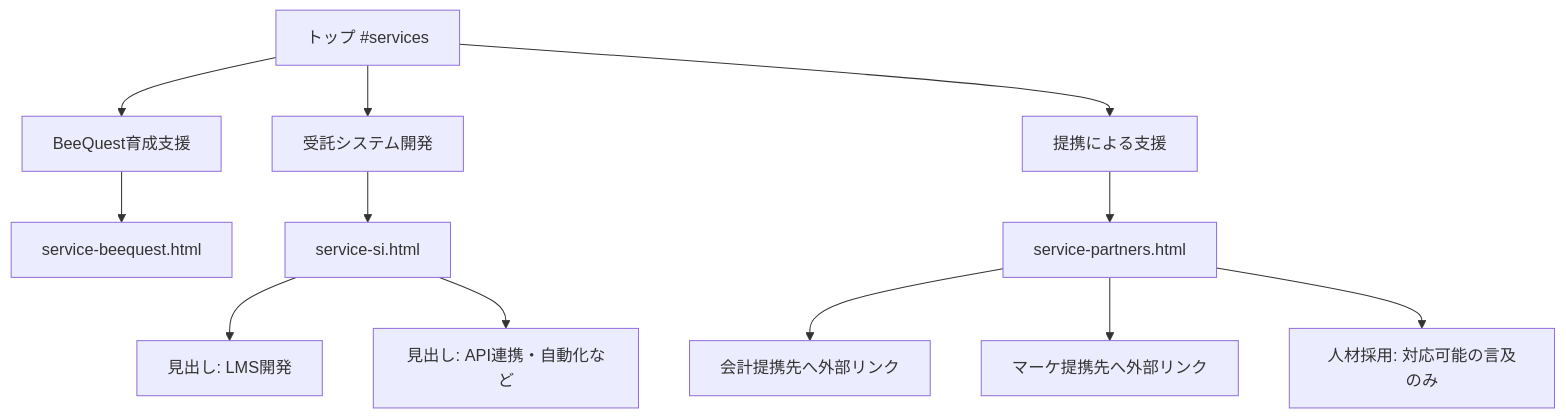
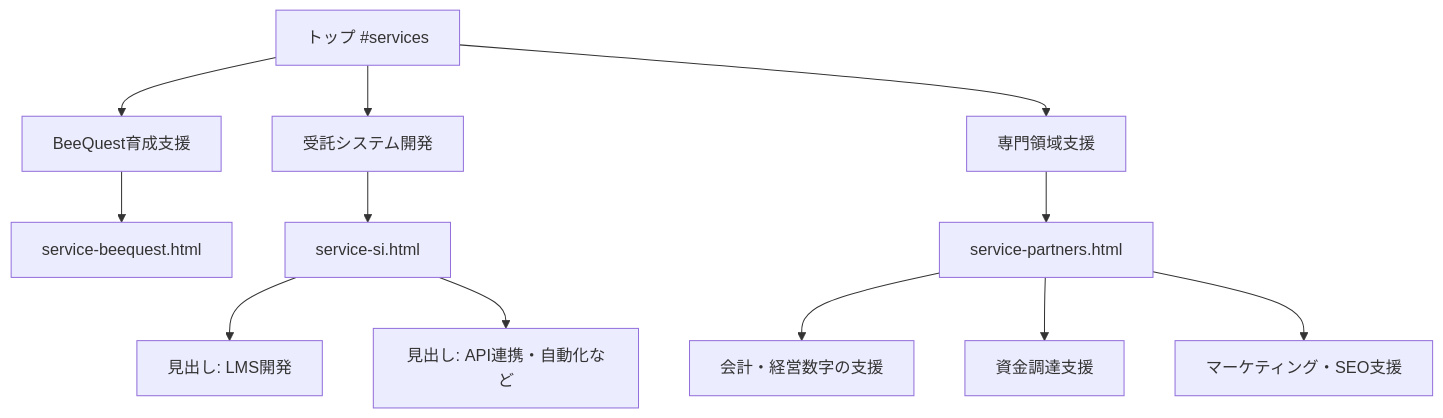
The diagram in docs/01-service-ia/service-structure.md (BeeQuest/b2x-hp), drawn with Mermaid before and after one commit. The commit also changed other lines of this file and 16 other files, not shown here.

````diff
--- a/docs/01-service-ia/service-structure.md
+++ b/docs/01-service-ia/service-structure.md
@@ -10,18 +10,18 @@
 ```mermaid
 flowchart TB
   top[トップ #services]
   top --> bee[BeeQuest育成支援]
   top --> si[受託システム開発]
-  top --> partner[提携による支援]
+  top --> advisory[専門領域支援]
 
   bee --> beePage[service-beequest.html]
   si --> siPage[service-si.html]
-  partner --> partnerPage[service-partners.html]
+  advisory --> advisoryPage[service-partners.html]
 
   siPage --> lmsSec[見出し: LMS開発]
   siPage --> apiSec[見出し: API連携・自動化など]
 
-  partnerPage --> acctLink[会計提携先へ外部リンク]
-  partnerPage --> mktLink[マーケ提携先へ外部リンク]
-  partnerPage --> hireNote[人材採用: 対応可能の言及のみ]
+  advisoryPage --> acct[会計・経営数字の支援]
+  advisoryPage --> fund[資金調達支援]
+  advisoryPage --> mkt[マーケティング・SEO支援]
 ```
````
